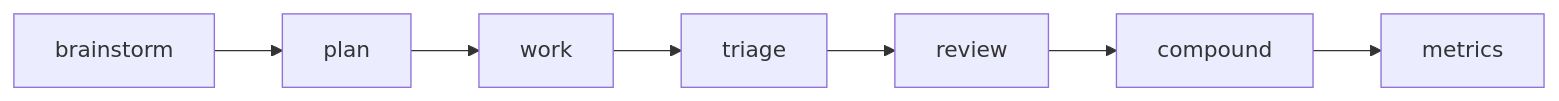
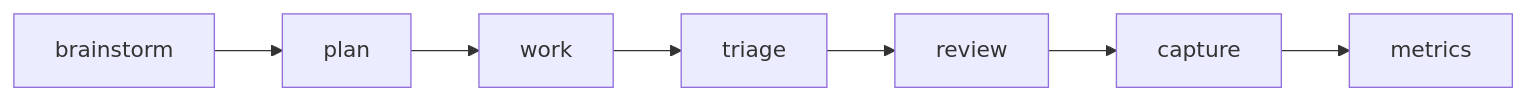
Before and after one commit to cjerochim/compound-workflow: the diagram in README.md, drawn with Mermaid.

````diff
--- a/README.md
+++ b/README.md
@@ -53,4 +53,4 @@
 ```mermaid
 flowchart LR
-  A[brainstorm] --> B[plan] --> C[work] --> D[triage] --> E[review] --> F[compound] --> G[metrics]
+  A["brainstorm"] --> B["plan"] --> C["work"] --> D["triage"] --> E["review"] --> F["capture"] --> G["metrics"]
 ```
````
